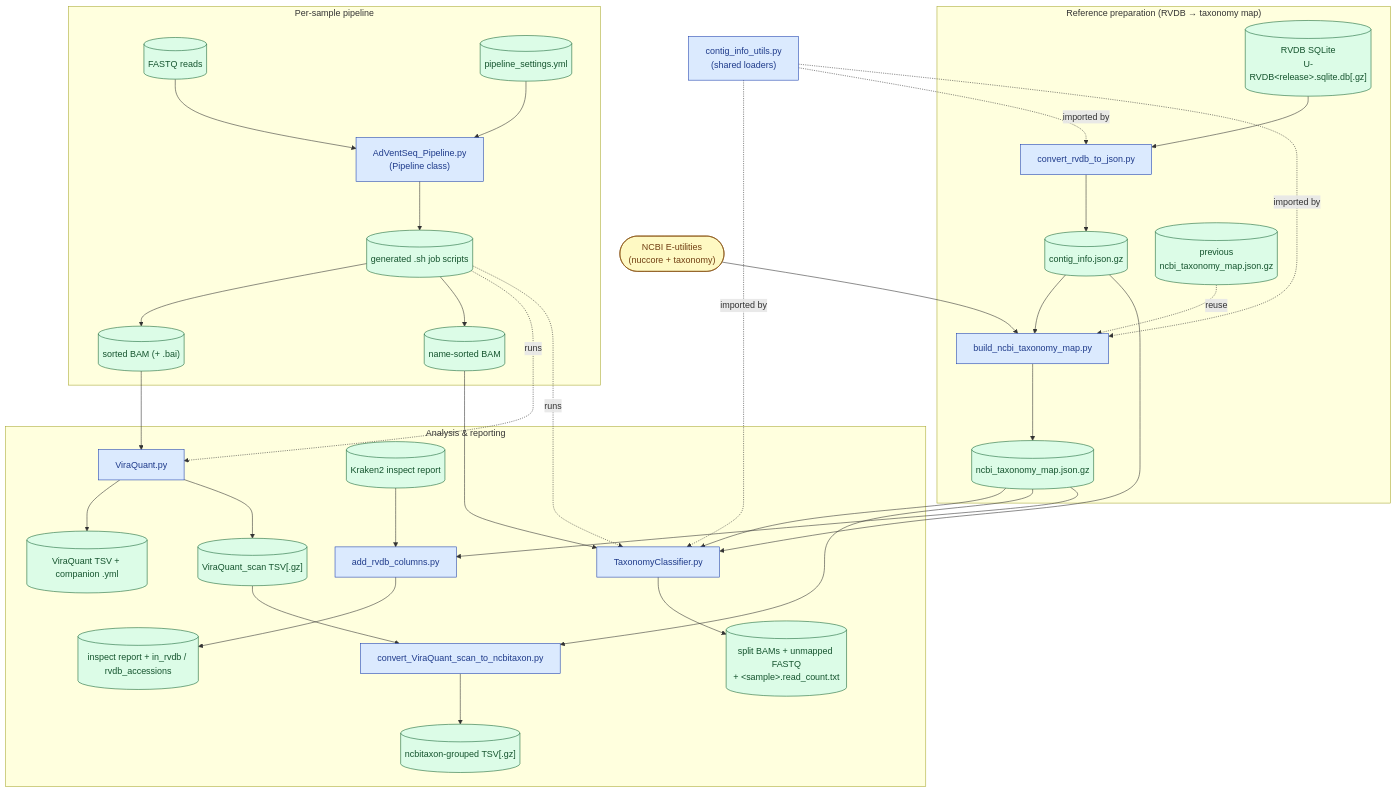
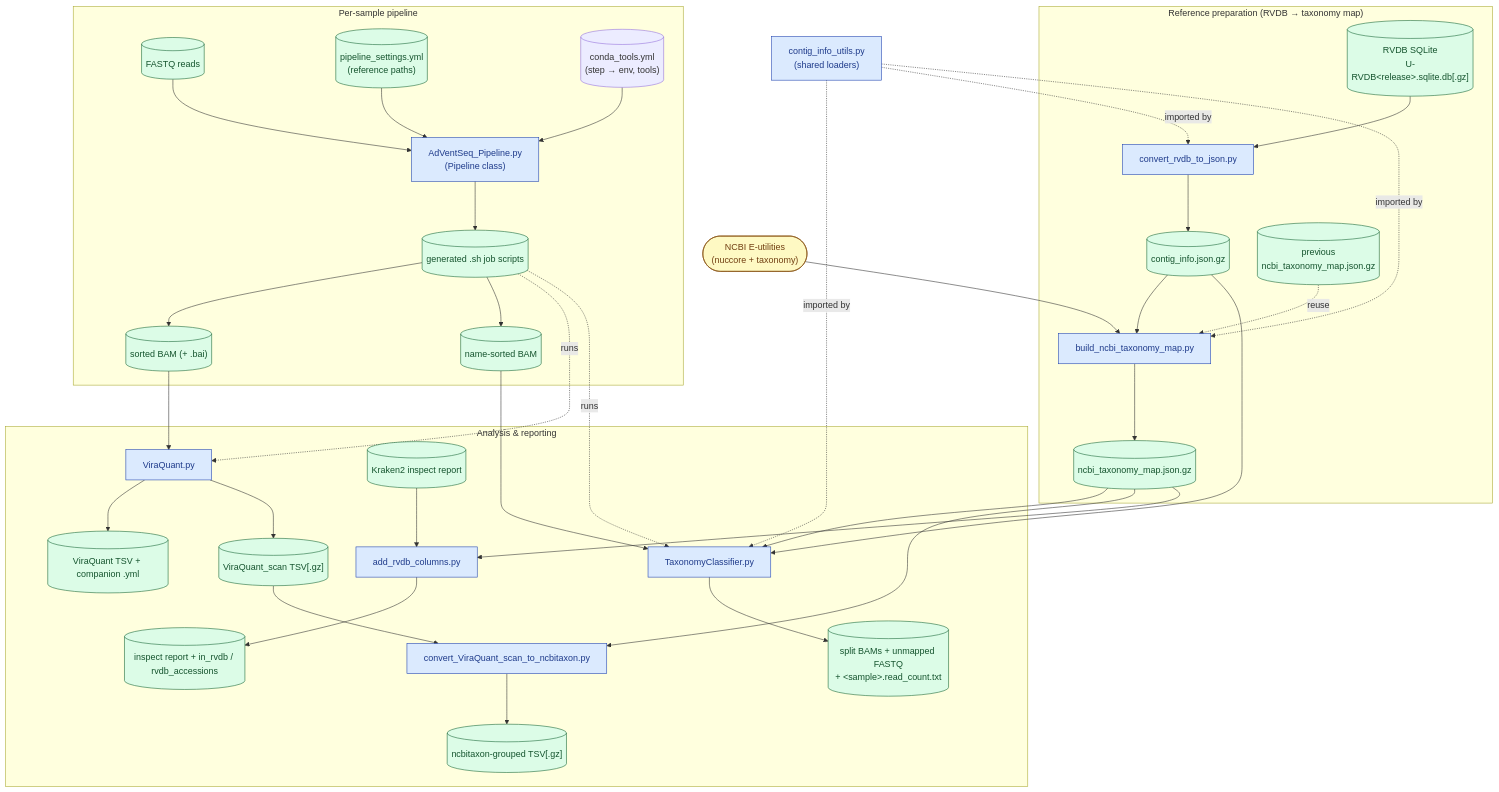
One commit to gongbinsheng/AdventSeq changed the diagram in README.md. Above: the diagram before and after it, drawn with Mermaid. The commit also changed other lines of this file and 9 other files, not shown here.

First line of the commit message:
Move step->env mapping into conda_tools.yml; add override API; bump to 2.2.0

````diff
--- a/README.md
+++ b/README.md
@@ -14,77 +14,79 @@
 ```mermaid
 flowchart TD
     %% ---- External / shared ----
     NCBI(["NCBI E-utilities<br/>(nuccore + taxonomy)"])
     UTILS["contig_info_utils.py<br/>(shared loaders)"]
 
     %% ===== Reference data preparation =====
     subgraph REF["Reference preparation (RVDB &rarr; taxonomy map)"]
         RVDB[("RVDB SQLite<br/>U-RVDB&lt;release&gt;.sqlite.db[.gz]")]
         CONVERT["convert_rvdb_to_json.py"]
         CONTIG[("contig_info.json.gz")]
         BUILDMAP["build_ncbi_taxonomy_map.py"]
         PREVMAP[("previous<br/>ncbi_taxonomy_map.json.gz")]
         TAXMAP[("ncbi_taxonomy_map.json.gz")]
 
         RVDB --> CONVERT --> CONTIG
         CONTIG --> BUILDMAP --> TAXMAP
         PREVMAP -. reuse .-> BUILDMAP
     end
     NCBI --> BUILDMAP
 
     %% ===== Pipeline / alignment =====
     subgraph PIPE["Per-sample pipeline"]
         FASTQ[("FASTQ reads")]
-        SETTINGS[("pipeline_settings.yml")]
+        SETTINGS[("pipeline_settings.yml<br/>(reference paths)")]
+        CONDATOOLS[("conda_tools.yml<br/>(step &rarr; env, tools)")]
         PIPELINE["AdVentSeq_Pipeline.py<br/>(Pipeline class)"]
         JOBS[("generated .sh job scripts")]
         SORTBAM[("sorted BAM (+ .bai)")]
         NAMEBAM[("name-sorted BAM")]
 
         FASTQ --> PIPELINE
         SETTINGS --> PIPELINE
+        CONDATOOLS --> PIPELINE
         PIPELINE --> JOBS
         JOBS --> SORTBAM
         JOBS --> NAMEBAM
     end
 
     %% ===== Analysis tools =====
     subgraph ANALYSIS["Analysis & reporting"]
         TAXCLASS["TaxonomyClassifier.py"]
         SPLIT[("split BAMs + unmapped FASTQ<br/>+ &lt;sample&gt;.read_count.txt")]
         VIRAQUANT["ViraQuant.py"]
         VQOUT[("ViraQuant TSV + companion .yml")]
         SCAN[("ViraQuant_scan TSV[.gz]")]
         CONVSCAN["convert_ViraQuant_scan_to_ncbitaxon.py"]
         NCBITAX[("ncbitaxon-grouped TSV[.gz]")]
         KRAKEN[("Kraken2 inspect report")]
         ADDRVDB["add_rvdb_columns.py"]
         RVDBTSV[("inspect report + in_rvdb / rvdb_accessions")]
 
         NAMEBAM --> TAXCLASS --> SPLIT
         SORTBAM --> VIRAQUANT
         VIRAQUANT --> VQOUT
         VIRAQUANT --> SCAN --> CONVSCAN --> NCBITAX
         KRAKEN --> ADDRVDB --> RVDBTSV
     end
 
     %% ---- cross-stage data files ----
     CONTIG --> TAXCLASS
     TAXMAP --> TAXCLASS
     TAXMAP --> CONVSCAN
     TAXMAP --> ADDRVDB
 
     %% ---- orchestration / dependencies ----
     JOBS -. runs .-> VIRAQUANT
     JOBS -. runs .-> TAXCLASS
     UTILS -. imported by .-> CONVERT
     UTILS -. imported by .-> BUILDMAP
     UTILS -. imported by .-> TAXCLASS
 
     classDef script fill:#dbeafe,stroke:#1e40af,color:#1e3a8a;
     classDef data fill:#dcfce7,stroke:#166534,color:#14532d;
     classDef ext fill:#fef9c3,stroke:#854d0e,color:#713f12;
     class CONVERT,BUILDMAP,PIPELINE,TAXCLASS,VIRAQUANT,CONVSCAN,ADDRVDB,UTILS script;
     class RVDB,CONTIG,PREVMAP,TAXMAP,FASTQ,SETTINGS,JOBS,SORTBAM,NAMEBAM,SPLIT,VQOUT,SCAN,NCBITAX,KRAKEN,RVDBTSV data;
     class NCBI ext;
 ```
````
